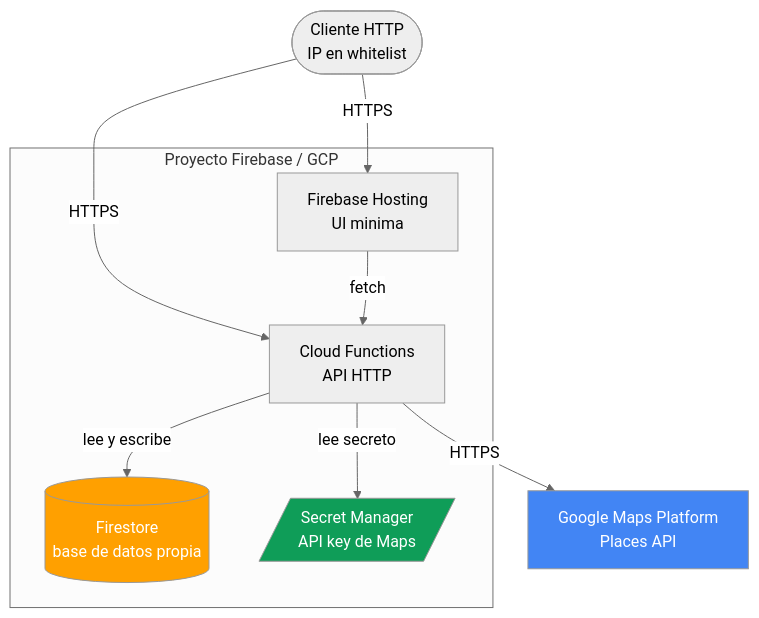
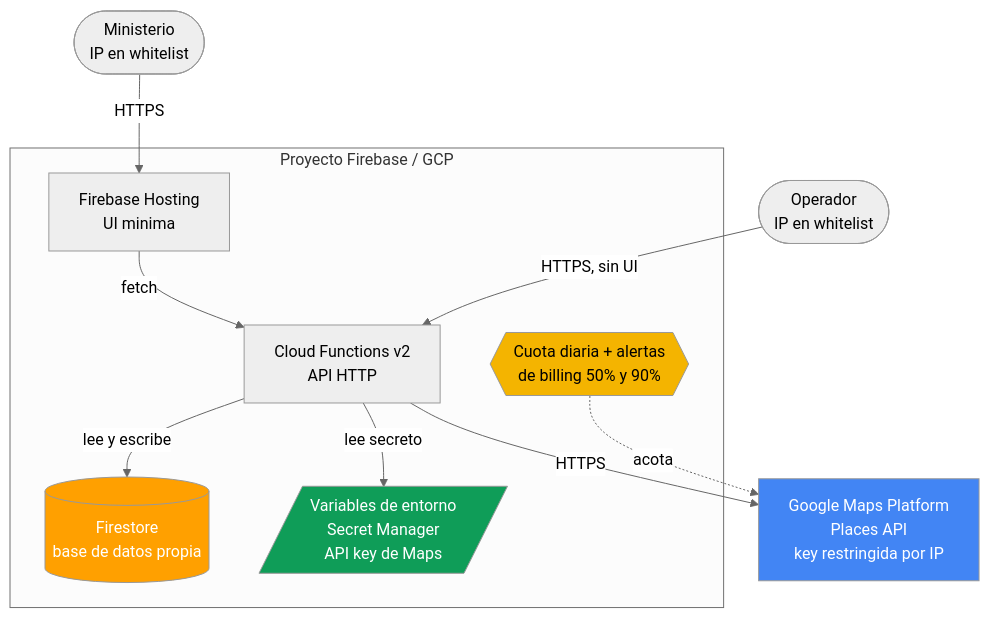
Before and after one commit to JosueSay/medical-specialists-directory: the second of 8 diagrams in docs/design.md, drawn with Mermaid (neutral theme). The commit also changed other lines of this file and 4 other files, not shown here.

````diff
--- a/docs/design.md
+++ b/docs/design.md
@@ -92,23 +142,27 @@
 ```mermaid
 flowchart TB
     subgraph Firebase["Proyecto Firebase / GCP"]
         HOST["Firebase Hosting<br/>UI minima"]
-        FN["Cloud Functions<br/>API HTTP"]
+        FN["Cloud Functions v2<br/>API HTTP"]
         FS[("Firestore<br/>base de datos propia")]
-        SM[/"Secret Manager<br/>API key de Maps"/]
+        SM[/"Variables de entorno<br/>Secret Manager<br/>API key de Maps"/]
+        QUOTA{{"Cuota diaria + alertas<br/>de billing 50% y 90%"}}
     end
 
-    GP["Google Maps Platform<br/>Places API"]
-    CLIENT(["Cliente HTTP<br/>IP en whitelist"])
+    GP["Google Maps Platform<br/>Places API<br/>key restringida por IP"]
+    CLIENT(["Ministerio<br/>IP en whitelist"])
+    OPER(["Operador<br/>IP en whitelist"])
 
     CLIENT -->|HTTPS| HOST
-    CLIENT -->|HTTPS| FN
     HOST -->|fetch| FN
+    OPER -->|HTTPS, sin UI| FN
     FN -->|lee y escribe| FS
     FN -->|lee secreto| SM
     FN -->|HTTPS| GP
+    QUOTA -.->|acota| GP
 
     style FS fill:#FFA000,color:#fff
     style SM fill:#0F9D58,color:#fff
     style GP fill:#4285F4,color:#fff
+    style QUOTA fill:#F4B400,color:#000
 ```
````
